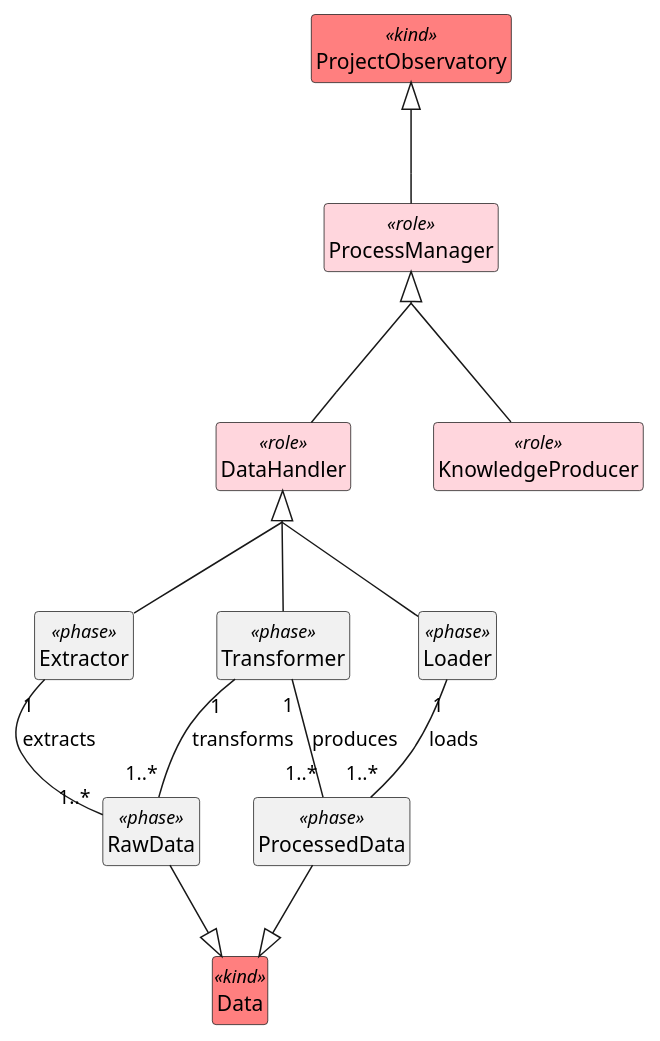
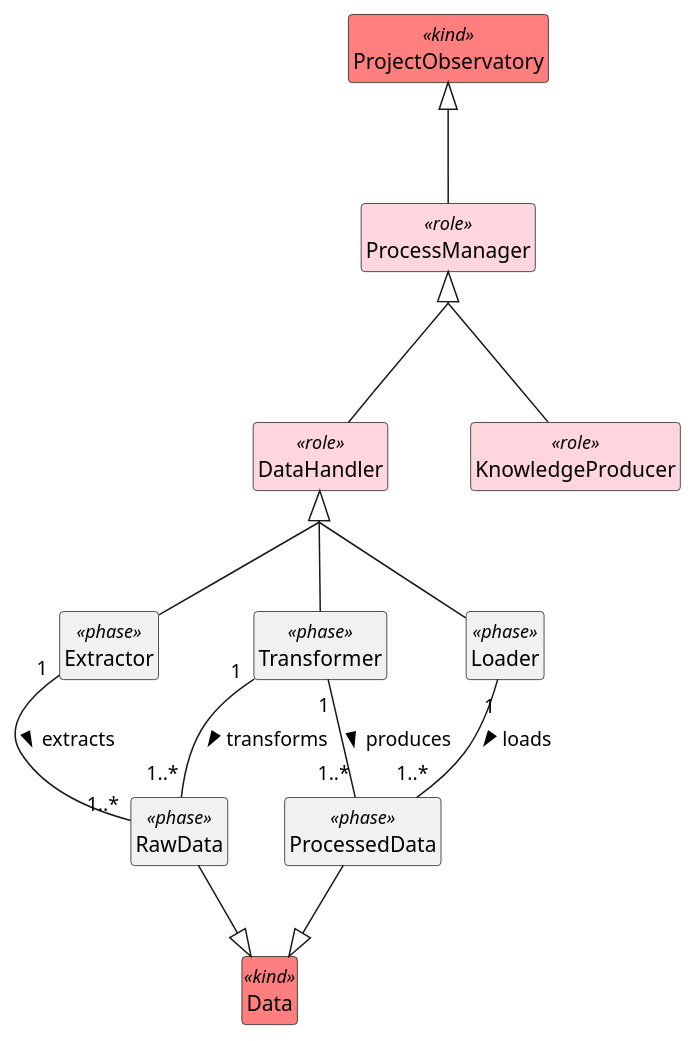
Before and after one commit to kvojps/onto-mpo: the diagram in processes/dataHandler.puml, drawn with PlantUML.

Commit message:
[fix]: add missing arrow notation to data flow relationships

```diff
--- a/processes/dataHandler.puml
+++ b/processes/dataHandler.puml
@@ -1,37 +1,37 @@
 @startuml DataHandler
 skinparam groupInheritance 2
 hide <<kind>> circle
 hide <<phase>> circle
 hide <<role>> circle
 hide members
 hide methods
 
 class ProjectObservatory<<kind>> #FF7F7F {}
 class ProcessManager <<role>> #FFD6DD {}
 class DataHandler <<role>> #FFD6DD {}
 class KnowledgeProducer <<role>> #FFD6DD {}
 
 ProjectObservatory <|-- ProcessManager
 ProcessManager <|-- DataHandler
 ProcessManager <|-- KnowledgeProducer
 
 class Extractor <<phase>> {}
 class Transformer <<phase>> {}
 class Loader <<phase>> {}
 
 DataHandler <|-- Extractor
 DataHandler <|-- Transformer
 DataHandler <|-- Loader
 
 class Data <<kind>> #FF7F7F {}
 class RawData <<phase>> {}
 class ProcessedData <<phase>> {}
 
 RawData --|> Data
 ProcessedData --|> Data
-Extractor "1" -- "1..*" RawData : extracts
-Transformer "1" -- "1..*" RawData : transforms
-Transformer "1" -- "1..*" ProcessedData : produces
-Loader "1" -- "1..*" ProcessedData : loads
+Extractor "1" -- "1..*" RawData : extracts >
+Transformer "1" -- "1..*" RawData : transforms >
+Transformer "1" -- "1..*" ProcessedData : produces >
+Loader "1" -- "1..*" ProcessedData : loads >
 
 @enduml
```
